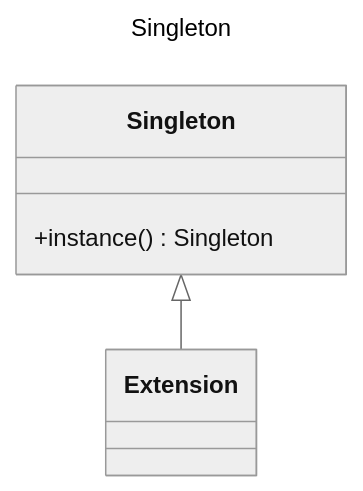
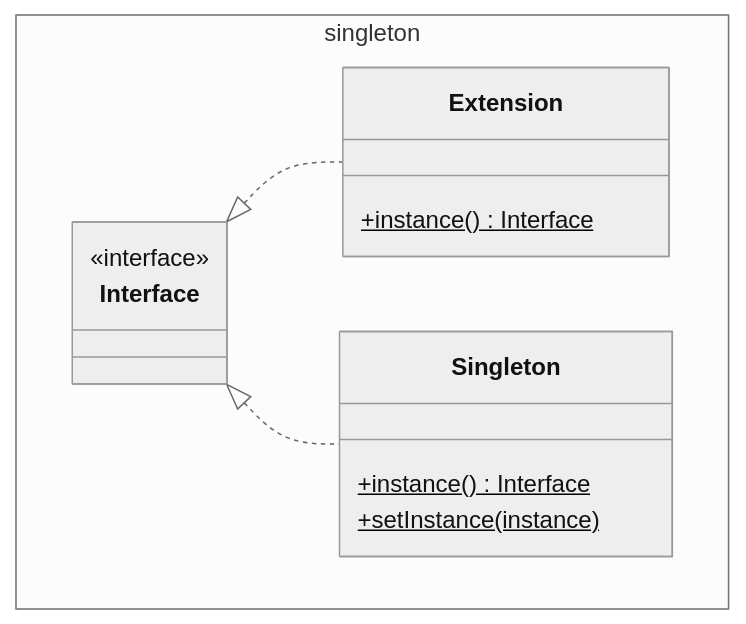
One commit to mtrigueira/JGoF changed the diagram in src/main/java/org/example/gof/creation/singleton/Singleton.md. Above: the diagram before and after it, drawn with Mermaid (neutral theme). The commit also changed other lines of this file, not shown here.

Commit message:
Edit Singleton.md add related patterns

````diff
--- a/src/main/java/org/example/gof/creation/singleton/Singleton.md
+++ b/src/main/java/org/example/gof/creation/singleton/Singleton.md
@@ -1,12 +3,18 @@
 ```mermaid
----
-title: Singleton
----
 classDiagram
-    class Singleton {
-        +instance() Singleton
+    namespace singleton {
+        class Extension {
+            +instance() Interface$
+        }
+        class Interface {
+            <<interface>>
+        }
+        class Singleton {
+            +instance() Interface$
+            +setInstance(instance)$
+        }
     }
-    class Extension {
-    }
-    Singleton <|-- Extension
+    Interface <|.. Extension
+    Interface <|.. Singleton
+
 ```
````
